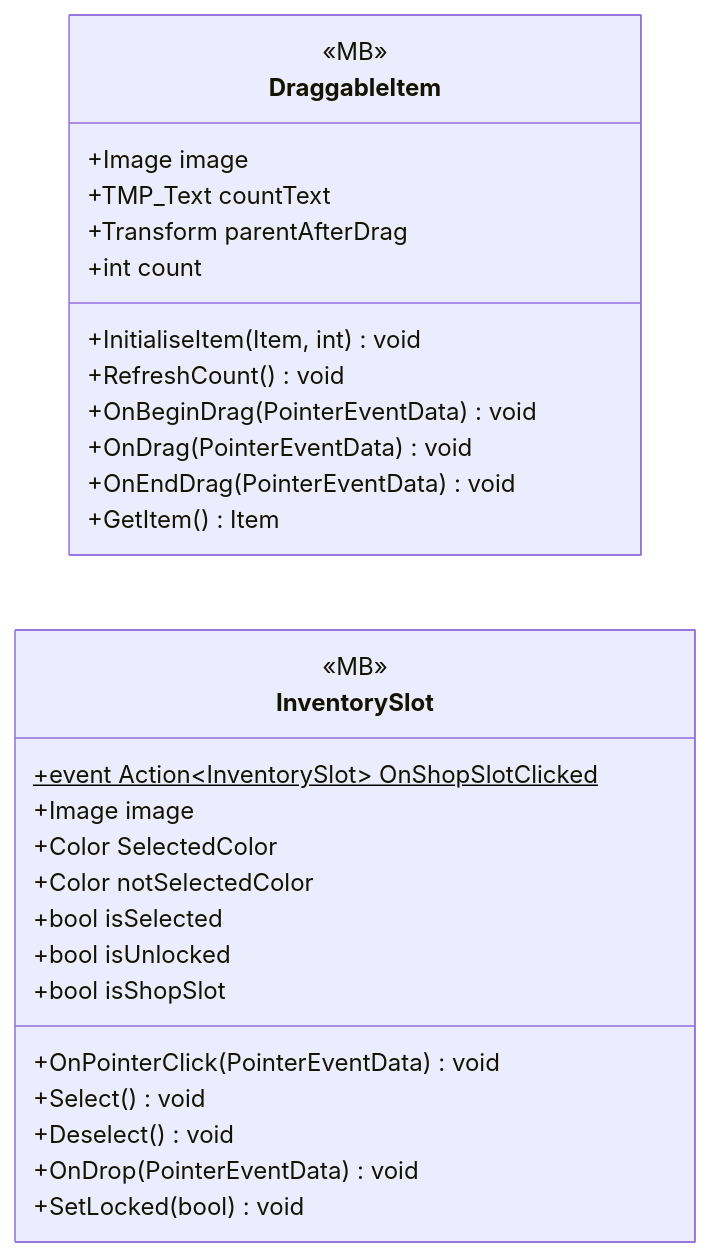
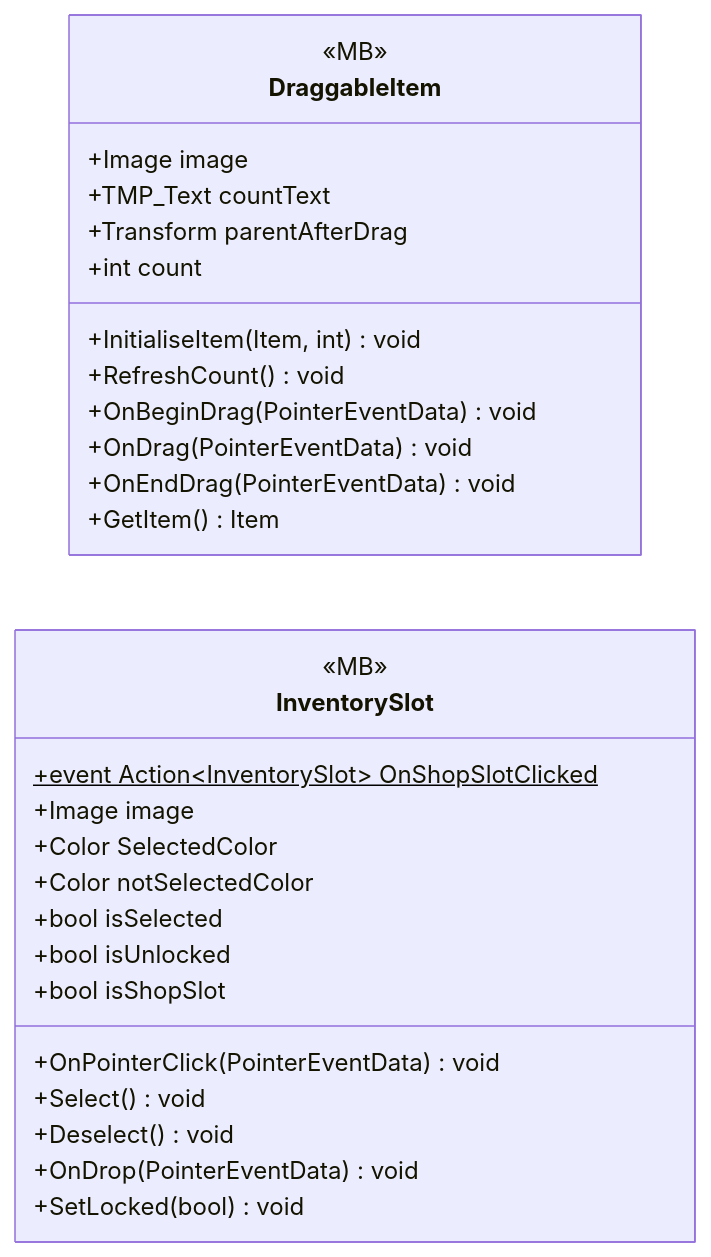
Before and after one commit to PhumipatWave/project-ocean: the diagram in docs/uml/modules/UI_Inventory_InventoryPlayer.md, drawn with Mermaid. The commit also changed other lines of this file and 402 other files, not shown here.

````diff
--- a/docs/uml/modules/UI_Inventory_InventoryPlayer.md
+++ b/docs/uml/modules/UI_Inventory_InventoryPlayer.md
@@ -7,32 +7,32 @@
 ```mermaid
 classDiagram
   direction LR
-  class Draggableltem {
+  class DraggableItem {
     <<MB>>
     +Image image
     +TMP_Text countText
     +Transform parentAfterDrag
     +int count
     +InitialiseItem(Item, int) void
     +RefreshCount() void
     +OnBeginDrag(PointerEventData) void
     +OnDrag(PointerEventData) void
     +OnEndDrag(PointerEventData) void
     +GetItem() Item
   }
   class InventorySlot {
     <<MB>>
     +event Action~InventorySlot~ OnShopSlotClicked$
     +Image image
     +Color SelectedColor
     +Color notSelectedColor
     +bool isSelected
     +bool isUnlocked
     +bool isShopSlot
     +OnPointerClick(PointerEventData) void
     +Select() void
     +Deselect() void
     +OnDrop(PointerEventData) void
     +SetLocked(bool) void
   }
 ```
````
